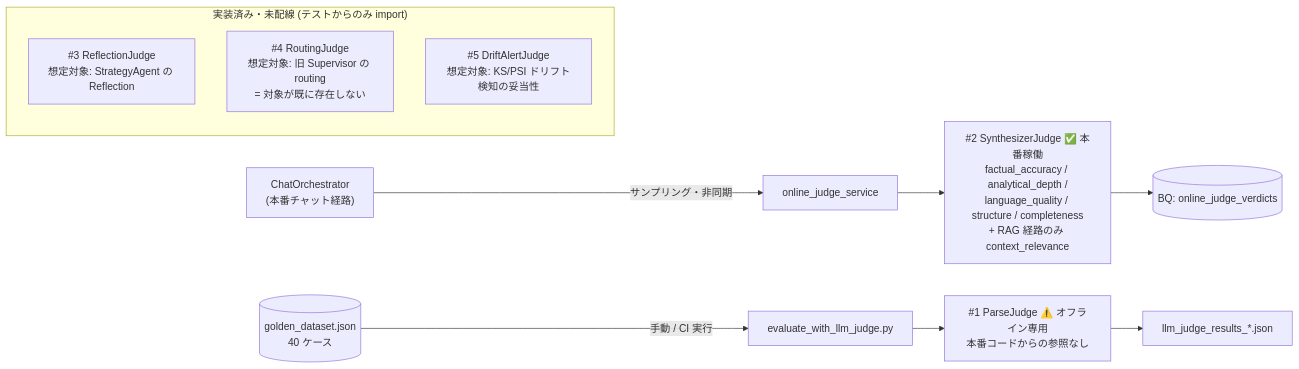
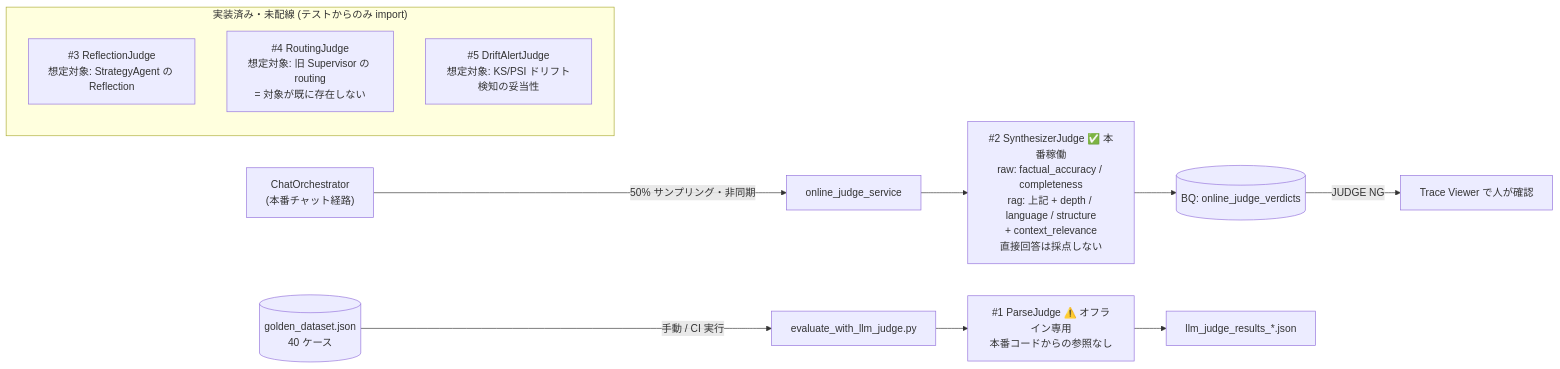
The fourth of 8 diagrams in README_ai_architecture.md (takeshimx/diamond-lens), drawn with Mermaid before and after one commit. The commit also changed other lines of this file and 4 other files, not shown here.

Commit message:
docs: document per-path judge criteria, DML writes, and judge review flow

````diff
--- a/README_ai_architecture.md
+++ b/README_ai_architecture.md
@@ -330,16 +332,17 @@
 ```mermaid
 graph LR
-    Chat["ChatOrchestrator<br/>(本番チャット経路)"] -->|サンプリング・非同期| OJ[online_judge_service]
-    OJ --> J2["#2 SynthesizerJudge ✅ 本番稼働<br/>factual_accuracy / analytical_depth /<br/>language_quality / structure / completeness<br/>+ RAG 経路のみ context_relevance"]
+    Chat["ChatOrchestrator<br/>(本番チャット経路)"] -->|50% サンプリング・非同期| OJ[online_judge_service]
+    OJ --> J2["#2 SynthesizerJudge ✅ 本番稼働<br/>raw: factual_accuracy / completeness<br/>rag: 上記 + depth / language / structure<br/>+ context_relevance<br/>直接回答は採点しない"]
     J2 --> BQV[(BQ: online_judge_verdicts)]
+    BQV -->|JUDGE NG| TV[Trace Viewer で人が確認]
 
     Golden[(golden_dataset.json<br/>40 ケース)] -->|手動 / CI 実行| Script[evaluate_with_llm_judge.py]
     Script --> J1["#1 ParseJudge ⚠️ オフライン専用<br/>本番コードからの参照なし"]
     J1 --> JSONOut[llm_judge_results_*.json]
 
     subgraph Dormant["実装済み・未配線 (テストからのみ import)"]
         J3["#3 ReflectionJudge<br/>想定対象: StrategyAgent の Reflection"]
         J4["#4 RoutingJudge<br/>想定対象: 旧 Supervisor の routing<br/>= 対象が既に存在しない"]
         J5["#5 DriftAlertJudge<br/>想定対象: KS/PSI ドリフト検知の妥当性"]
     end
 ```
````
